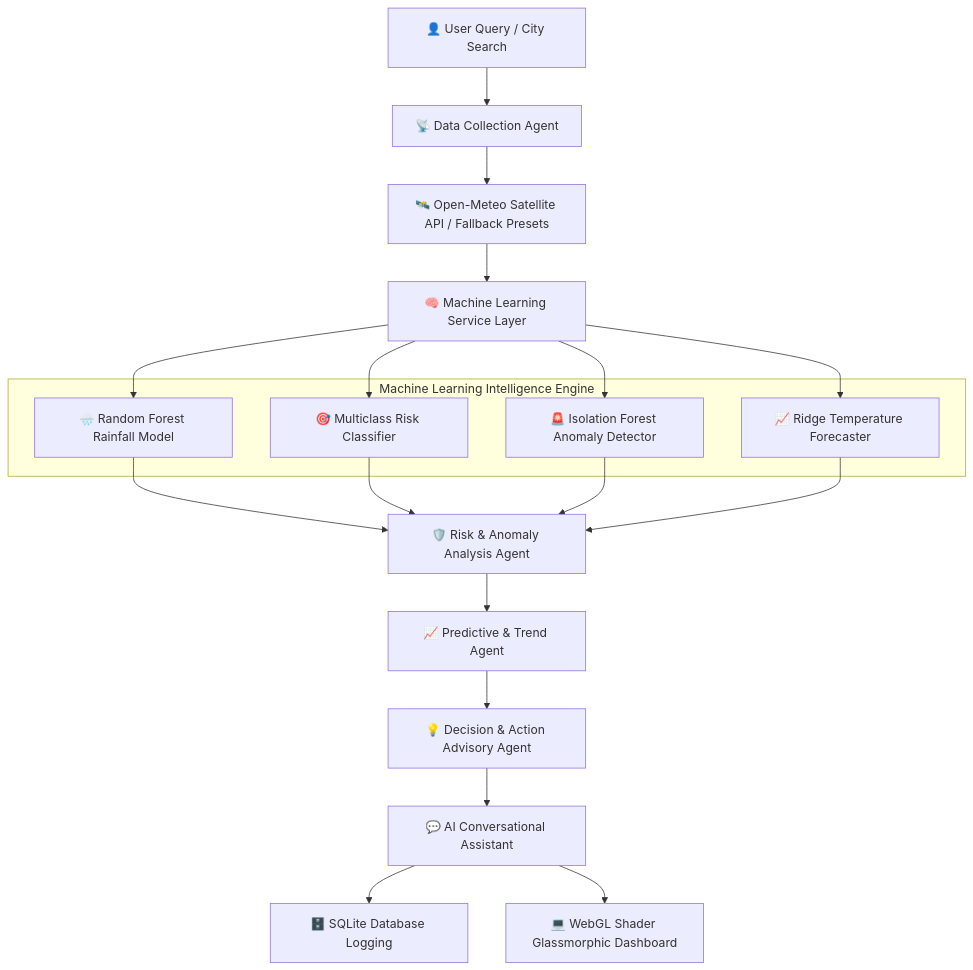
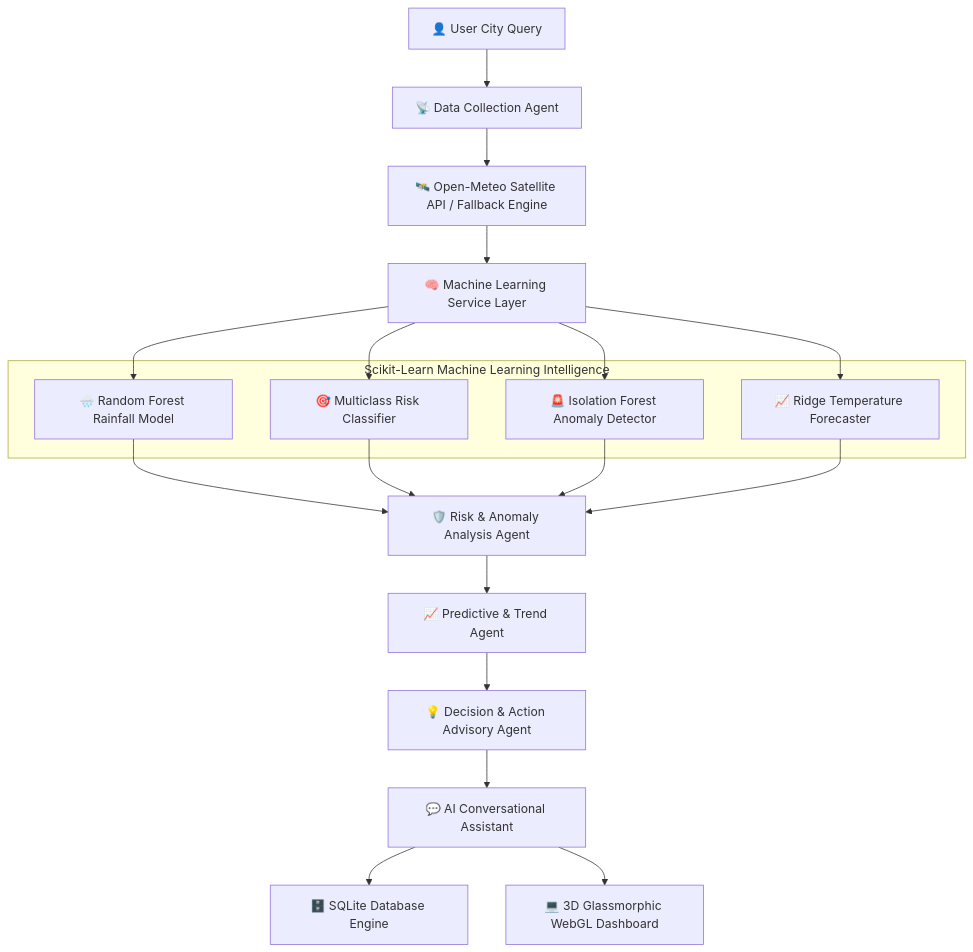
Before and after one commit to Mugilan-md/Agentic-AI-Weather-Monitoring-System: the diagram in README.md, drawn with Mermaid. The commit also changed other lines of this file, not shown here.

````diff
--- a/README.md
+++ b/README.md
@@ -21,26 +28,26 @@
 ```mermaid
 graph TD
-    A["👤 User Query / City Search"] --> B["📡 Data Collection Agent"]
-    B --> C["🛰️ Open-Meteo Satellite API / Fallback Presets"]
+    A["👤 User City Query"] --> B["📡 Data Collection Agent"]
+    B --> C["🛰️ Open-Meteo Satellite API / Fallback Engine"]
     C --> D["🧠 Machine Learning Service Layer"]
     
-    subgraph ML_Engine ["Machine Learning Intelligence Engine"]
+    subgraph ML_Engine ["Scikit-Learn Machine Learning Intelligence"]
         D1["🌧️ Random Forest Rainfall Model"]
         D2["🎯 Multiclass Risk Classifier"]
         D3["🚨 Isolation Forest Anomaly Detector"]
         D4["📈 Ridge Temperature Forecaster"]
     end
     
     D --> D1
     D --> D2
     D --> D3
     D --> D4
     
     D1 & D2 & D3 & D4 --> E["🛡️ Risk & Anomaly Analysis Agent"]
     E --> F["📈 Predictive & Trend Agent"]
     F --> G["💡 Decision & Action Advisory Agent"]
     G --> H["💬 AI Conversational Assistant"]
     
-    H --> I["🗄️ SQLite Database Logging"]
-    H --> J["💻 WebGL Shader Glassmorphic Dashboard"]
+    H --> I["🗄️ SQLite Database Engine"]
+    H --> J["💻 3D Glassmorphic WebGL Dashboard"]
 ```
````
